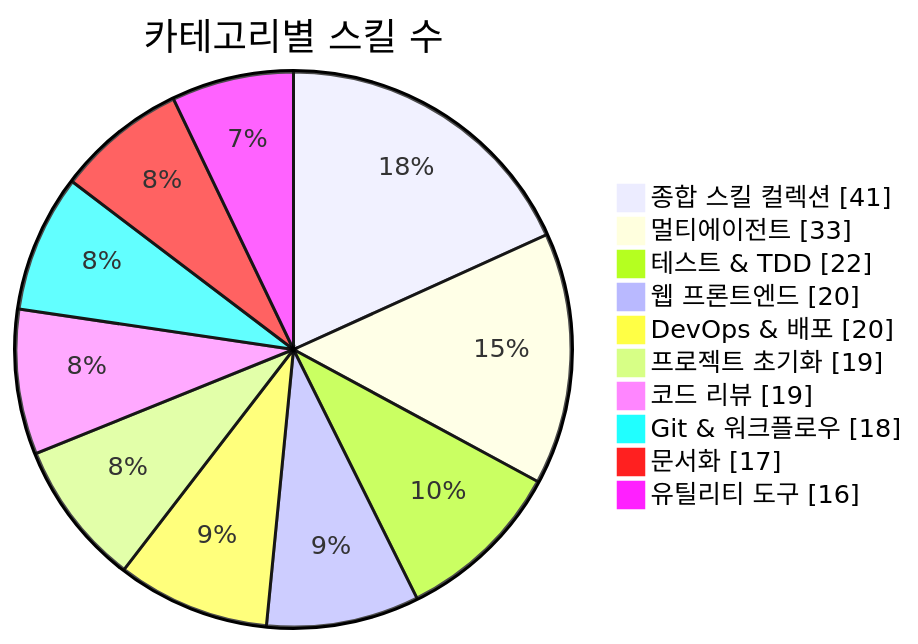
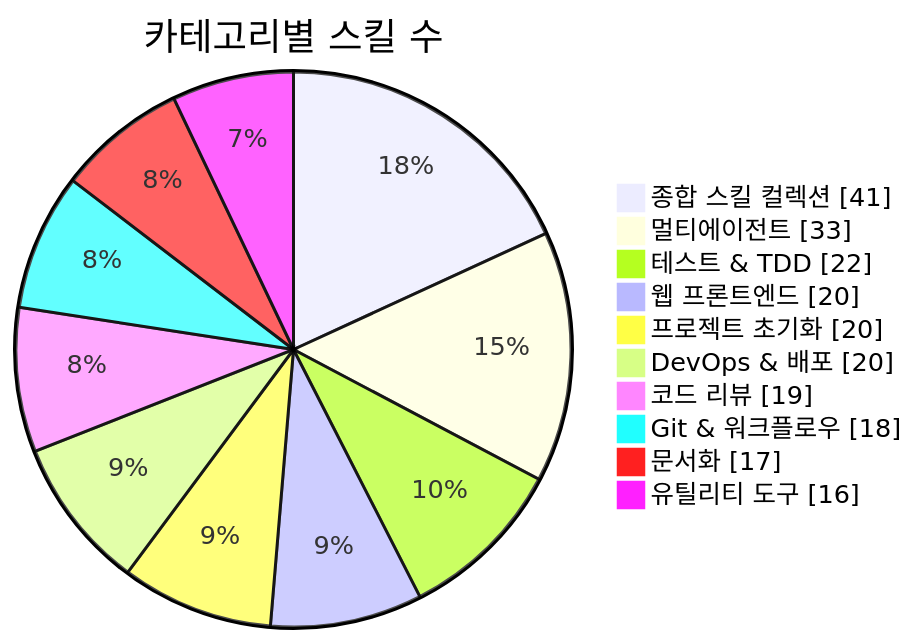
Before and after one commit to J-nowcow/awesome-korean-agent-skills: the first of 3 diagrams in README.md, drawn with Mermaid. The commit also changed other lines of this file and 5 other files, not shown here.

````diff
--- a/README.md
+++ b/README.md
@@ -176,14 +176,14 @@
 ```mermaid
 pie showData
     title 카테고리별 스킬 수
     "종합 스킬 컬렉션" : 41
     "멀티에이전트" : 33
     "테스트 & TDD" : 22
     "웹 프론트엔드" : 20
+    "프로젝트 초기화" : 20
     "DevOps & 배포" : 20
-    "프로젝트 초기화" : 19
     "코드 리뷰" : 19
     "Git & 워크플로우" : 18
     "문서화" : 17
     "유틸리티 도구" : 16
 ```
````
